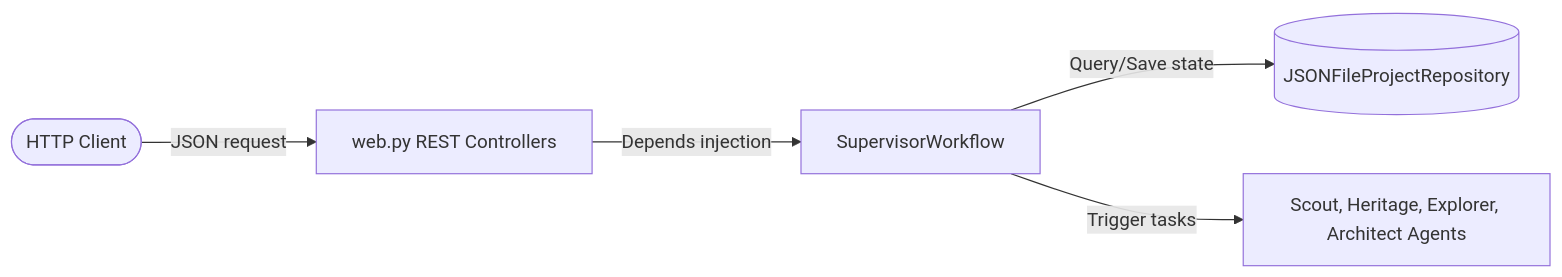
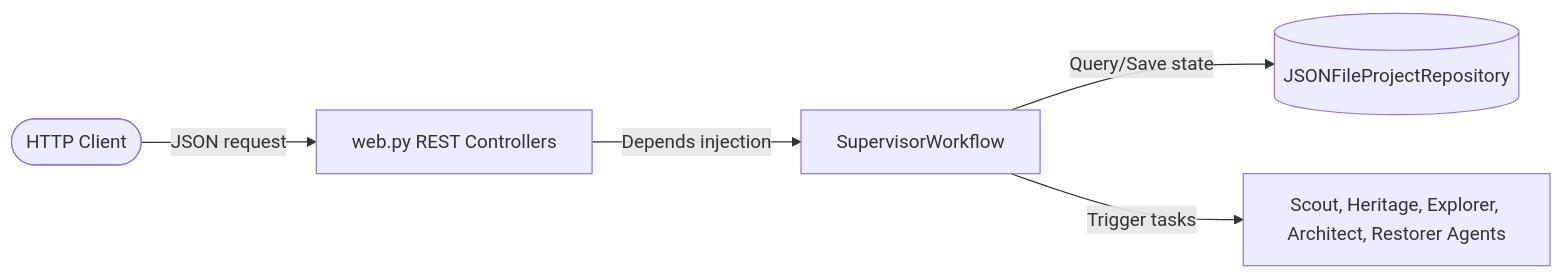
Before and after one commit to RamSaiDeep/ReForge: the tenth of 10 diagrams in .agents/architecture.md, drawn with Mermaid. The commit also changed other lines of this file and 8 other files, not shown here.

Commit message:
feat: implement RestorationPlannerAgent, Stage 5 flowcharts, and integration test suites

````diff
--- a/.agents/architecture.md
+++ b/.agents/architecture.md
@@ -349,7 +374,7 @@
 ```mermaid
 flowchart LR
     Client([HTTP Client]) -->|JSON request| WebApp[web.py REST Controllers]
     WebApp -->|Depends injection| Usecase[SupervisorWorkflow]
     Usecase -->|Query/Save state| DB[(JSONFileProjectRepository)]
-    Usecase -->|Trigger tasks| Agents[Scout, Heritage, Explorer, Architect Agents]
+    Usecase -->|Trigger tasks| Agents[Scout, Heritage, Explorer, Architect, Restorer Agents]
 ```
````
